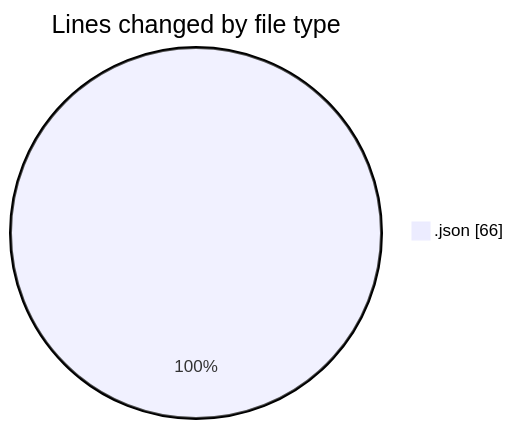
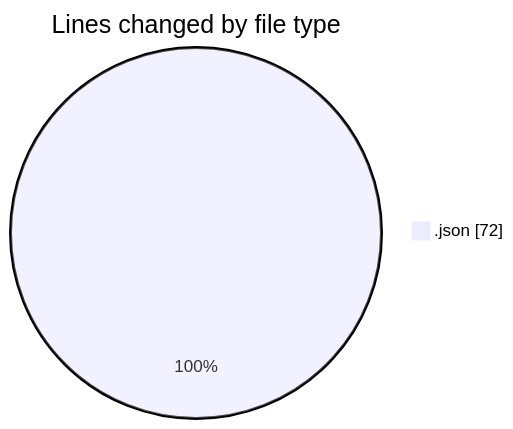
One commit to momahboobian/code-tracking changed the first of 2 diagrams in 2025-12-28/system-prompts-and-models-of-ai-tools/README.md. Above: the diagram before and after it, drawn with Mermaid. The commit also changed other lines of this file and 1 other file, not shown here.

````diff
--- a/2025-12-28/system-prompts-and-models-of-ai-tools/README.md
+++ b/2025-12-28/system-prompts-and-models-of-ai-tools/README.md
@@ -20,5 +20,5 @@
 ```mermaid
 pie showData
 title Lines changed by file type
-".json" : 66
+".json" : 72
 ```
````
